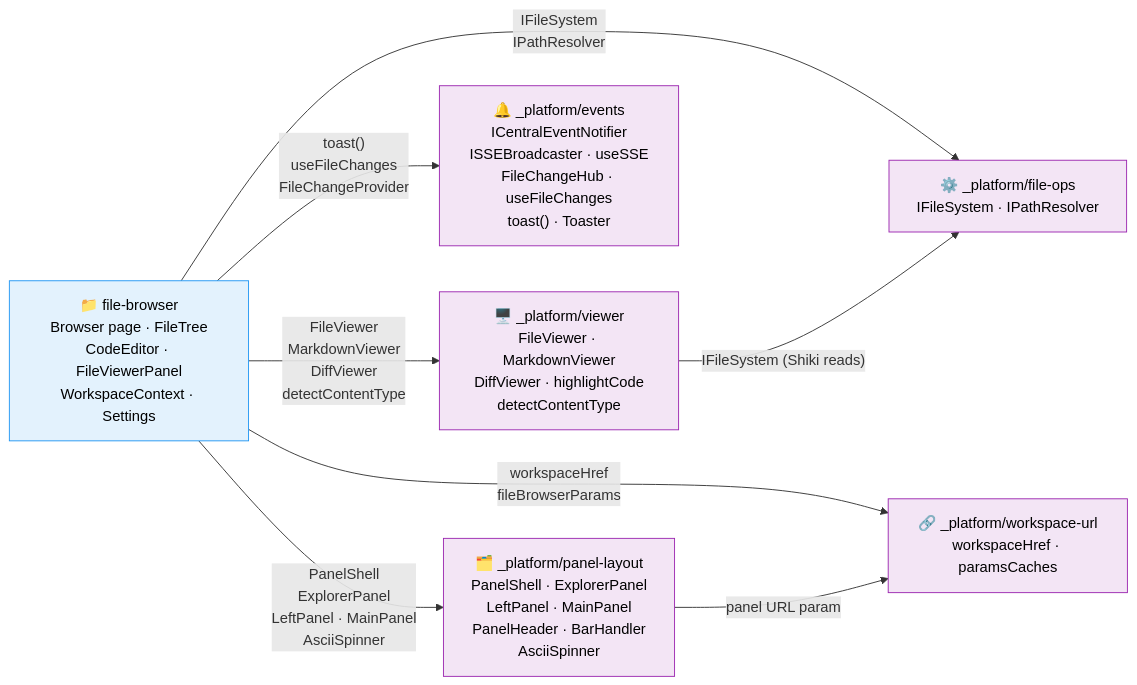
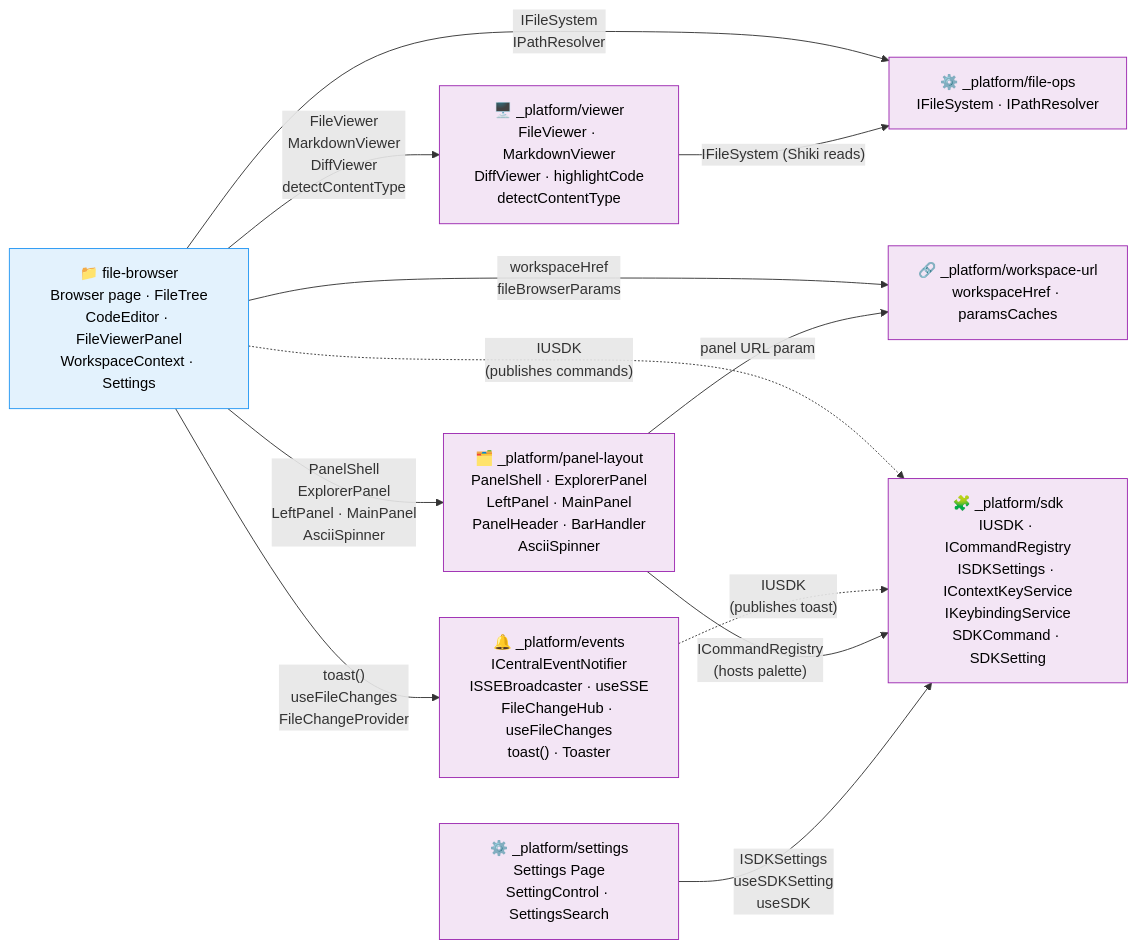
One commit to AI-Substrate/chainglass changed the diagram in docs/domains/domain-map.md. Above: the diagram before and after it, drawn with Mermaid. The commit also changed other lines of this file and 17 other files, not shown here.

First line of the commit message:
Phase 5: Settings domain with auto-generated controls, search, and SPA navigation

````diff
--- a/docs/domains/domain-map.md
+++ b/docs/domains/domain-map.md
@@ -6,24 +6,32 @@
 ```mermaid
 flowchart LR
     classDef business fill:#E3F2FD,stroke:#2196F3,color:#000
     classDef infra fill:#F3E5F5,stroke:#9C27B0,color:#000
 
     %% Infrastructure domains
     fileOps["⚙️ _platform/file-ops<br/>IFileSystem · IPathResolver"]:::infra
     wsUrl["🔗 _platform/workspace-url<br/>workspaceHref · paramsCaches"]:::infra
     viewer["🖥️ _platform/viewer<br/>FileViewer · MarkdownViewer<br/>DiffViewer · highlightCode<br/>detectContentType"]:::infra
     events["🔔 _platform/events<br/>ICentralEventNotifier<br/>ISSEBroadcaster · useSSE<br/>FileChangeHub · useFileChanges<br/>toast() · Toaster"]:::infra
     panels["🗂️ _platform/panel-layout<br/>PanelShell · ExplorerPanel<br/>LeftPanel · MainPanel<br/>PanelHeader · BarHandler<br/>AsciiSpinner"]:::infra
+    sdk["🧩 _platform/sdk<br/>IUSDK · ICommandRegistry<br/>ISDKSettings · IContextKeyService<br/>IKeybindingService<br/>SDKCommand · SDKSetting"]:::infra
+    settings["⚙️ _platform/settings<br/>Settings Page<br/>SettingControl · SettingsSearch"]:::infra
 
     %% Business domains
     fileBrowser["📁 file-browser<br/>Browser page · FileTree<br/>CodeEditor · FileViewerPanel<br/>WorkspaceContext · Settings"]:::business
 
     %% Contract dependencies (consumer → provider)
     fileBrowser -->|"IFileSystem<br/>IPathResolver"| fileOps
     fileBrowser -->|"workspaceHref<br/>fileBrowserParams"| wsUrl
     fileBrowser -->|"FileViewer<br/>MarkdownViewer<br/>DiffViewer<br/>detectContentType"| viewer
     fileBrowser -->|"toast()<br/>useFileChanges<br/>FileChangeProvider"| events
     fileBrowser -->|"PanelShell<br/>ExplorerPanel<br/>LeftPanel · MainPanel<br/>AsciiSpinner"| panels
     panels -->|"panel URL param"| wsUrl
     viewer -->|"IFileSystem (Shiki reads)"| fileOps
+
+    %% SDK is consumed by publishing domains (future phases)
+    fileBrowser -.->|"IUSDK<br/>(publishes commands)"| sdk
+    events -.->|"IUSDK<br/>(publishes toast)"| sdk
+    panels -->|"ICommandRegistry<br/>(hosts palette)"| sdk
+    settings -->|"ISDKSettings<br/>useSDKSetting<br/>useSDK"| sdk
 ```
````
